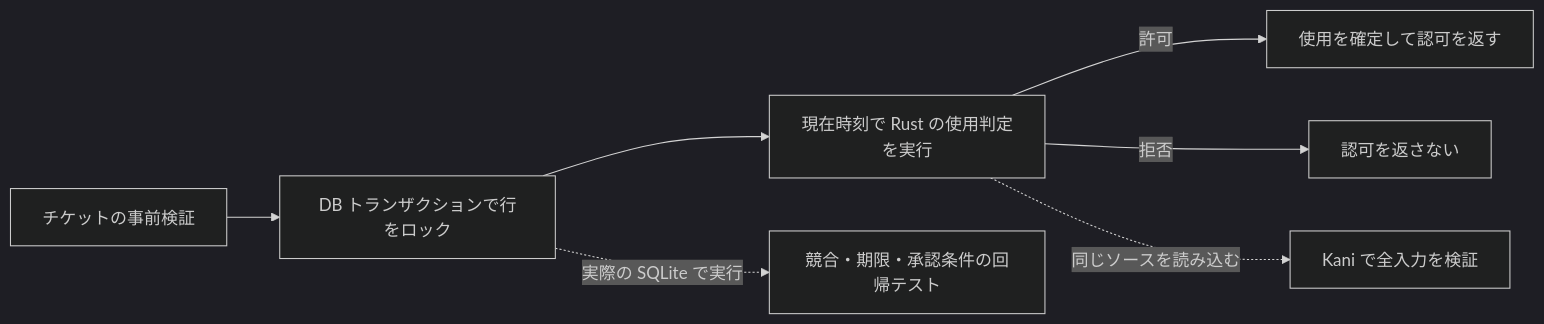
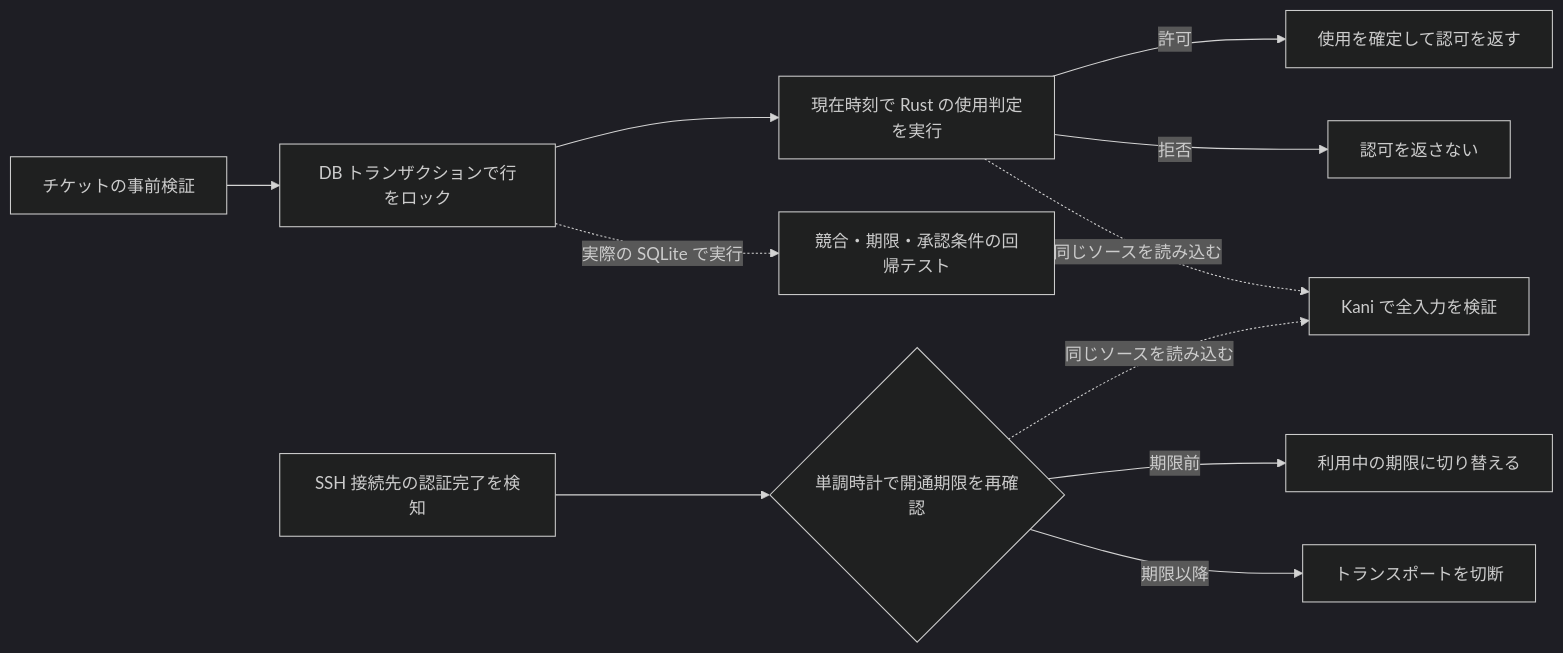
The diagram in security/README.md (ShiningWank0/warpgate), drawn with Mermaid (dark theme) before and after one commit. The commit also changed other lines of this file and 6 other files, not shown here.

````diff
--- a/security/README.md
+++ b/security/README.md
@@ -14,9 +16,13 @@
 ```mermaid
 flowchart LR
     A["チケットの事前検証"] --> B["DB トランザクションで行をロック"]
     B --> C["現在時刻で Rust の使用判定を実行"]
     C -->|許可| D["使用を確定して認可を返す"]
     C -->|拒否| E["認可を返さない"]
     C -. 同じソースを読み込む .-> F["Kani で全入力を検証"]
     B -. 実際の SQLite で実行 .-> G["競合・期限・承認条件の回帰テスト"]
+    H["SSH 接続先の認証完了を検知"] --> I{"単調時計で開通期限を再確認"}
+    I -->|期限前| J["利用中の期限に切り替える"]
+    I -->|期限以降| K["トランスポートを切断"]
+    I -. 同じソースを読み込む .-> F
 ```
````
